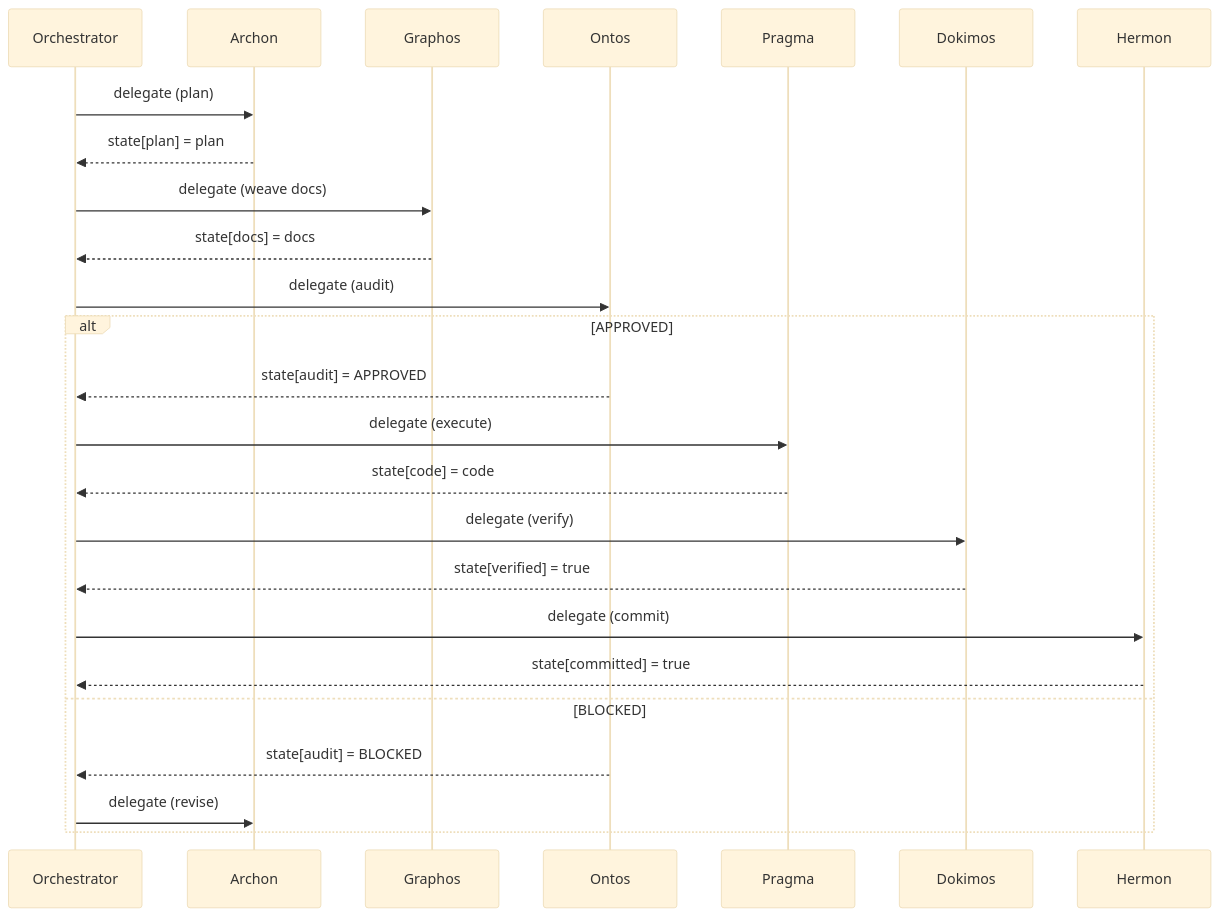
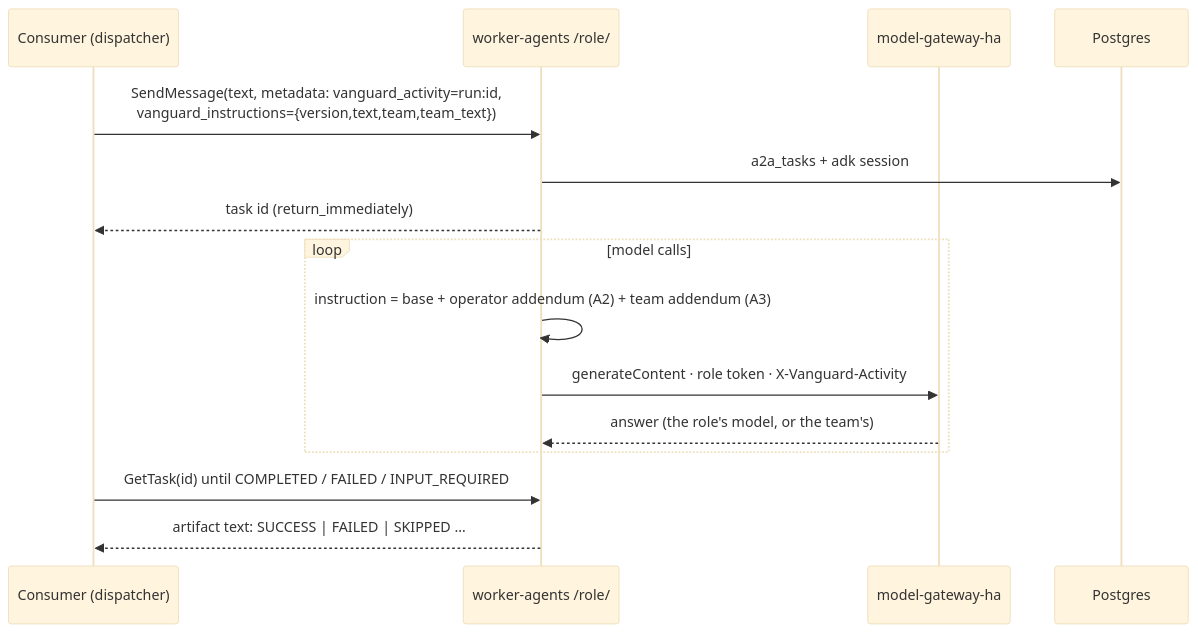
Before and after one commit to ancrz/sdk-agent-pipeline: the third of 4 diagrams in README.md, drawn with Mermaid (base theme). The commit also changed other lines of this file and 69 other files, not shown here.

First line of the commit message:
feat!: agent engine — HA model gateway and A2A workers from vanguard-control

````diff
--- a/README.md
+++ b/README.md
@@ -67,28 +114,17 @@
 ```mermaid
 sequenceDiagram
-    participant O as Orchestrator
-    participant A as Archon
-    participant G as Graphos
-    participant N as Ontos
-    participant P as Pragma
-    participant D as Dokimos
-    participant H as Hermon
-
-    O->>A: delegate (plan)
-    A-->>O: state[plan] = plan
-    O->>G: delegate (weave docs)
-    G-->>O: state[docs] = docs
-    O->>N: delegate (audit)
-    alt APPROVED
-        N-->>O: state[audit] = APPROVED
-        O->>P: delegate (execute)
-        P-->>O: state[code] = code
-        O->>D: delegate (verify)
-        D-->>O: state[verified] = true
-        O->>H: delegate (commit)
-        H-->>O: state[committed] = true
-    else BLOCKED
-        N-->>O: state[audit] = BLOCKED
-        O->>A: delegate (revise)
+    participant C as Consumer (dispatcher)
+    participant W as worker-agents /role/
+    participant G as model-gateway-ha
+    participant P as Postgres
+    C->>W: SendMessage(text, metadata: vanguard_activity=run:id,<br/>vanguard_instructions={version,text,team,team_text})
+    W->>P: a2a_tasks + adk session
+    W-->>C: task id (return_immediately)
+    loop model calls
+        W->>W: instruction = base + operator addendum (A2) + team addendum (A3)
+        W->>G: generateContent · role token · X-Vanguard-Activity
+        G-->>W: answer (the role's model, or the team's)
     end
+    C->>W: GetTask(id) until COMPLETED / FAILED / INPUT_REQUIRED
+    W-->>C: artifact text: SUCCESS | FAILED | SKIPPED …
 ```
````
